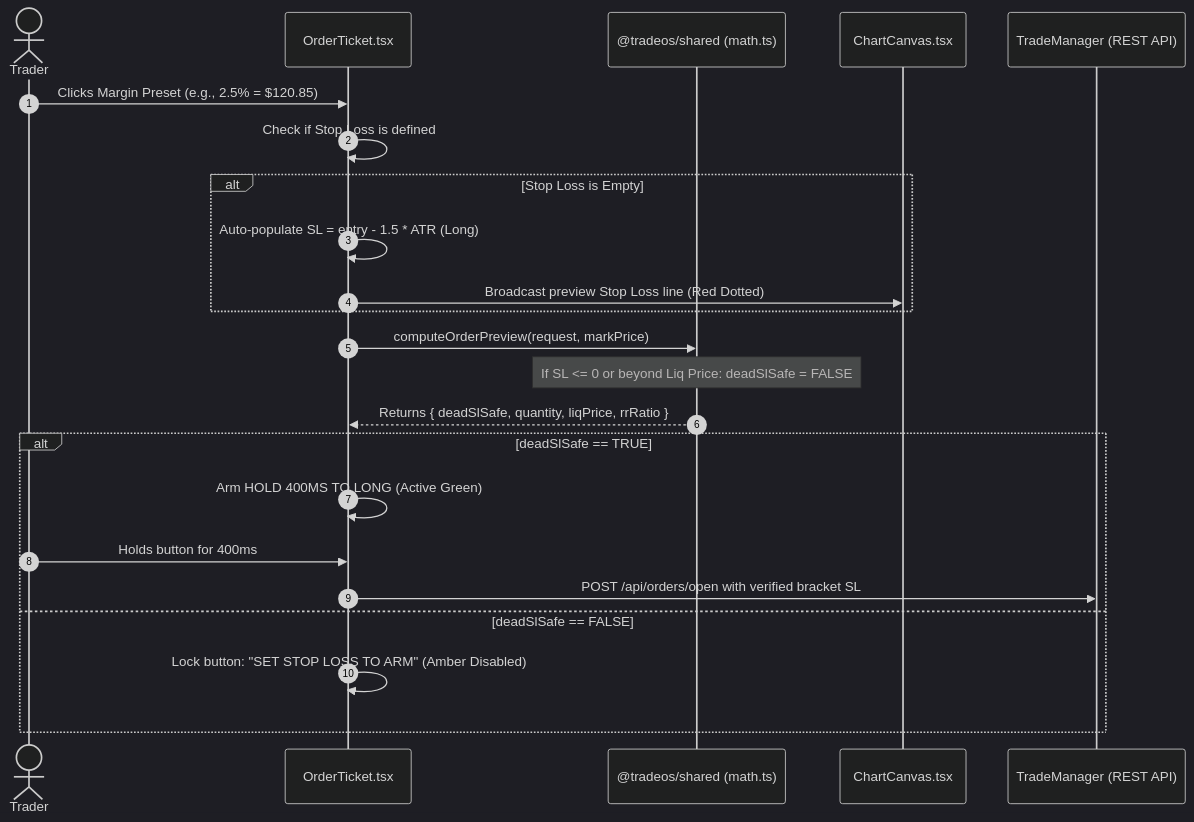
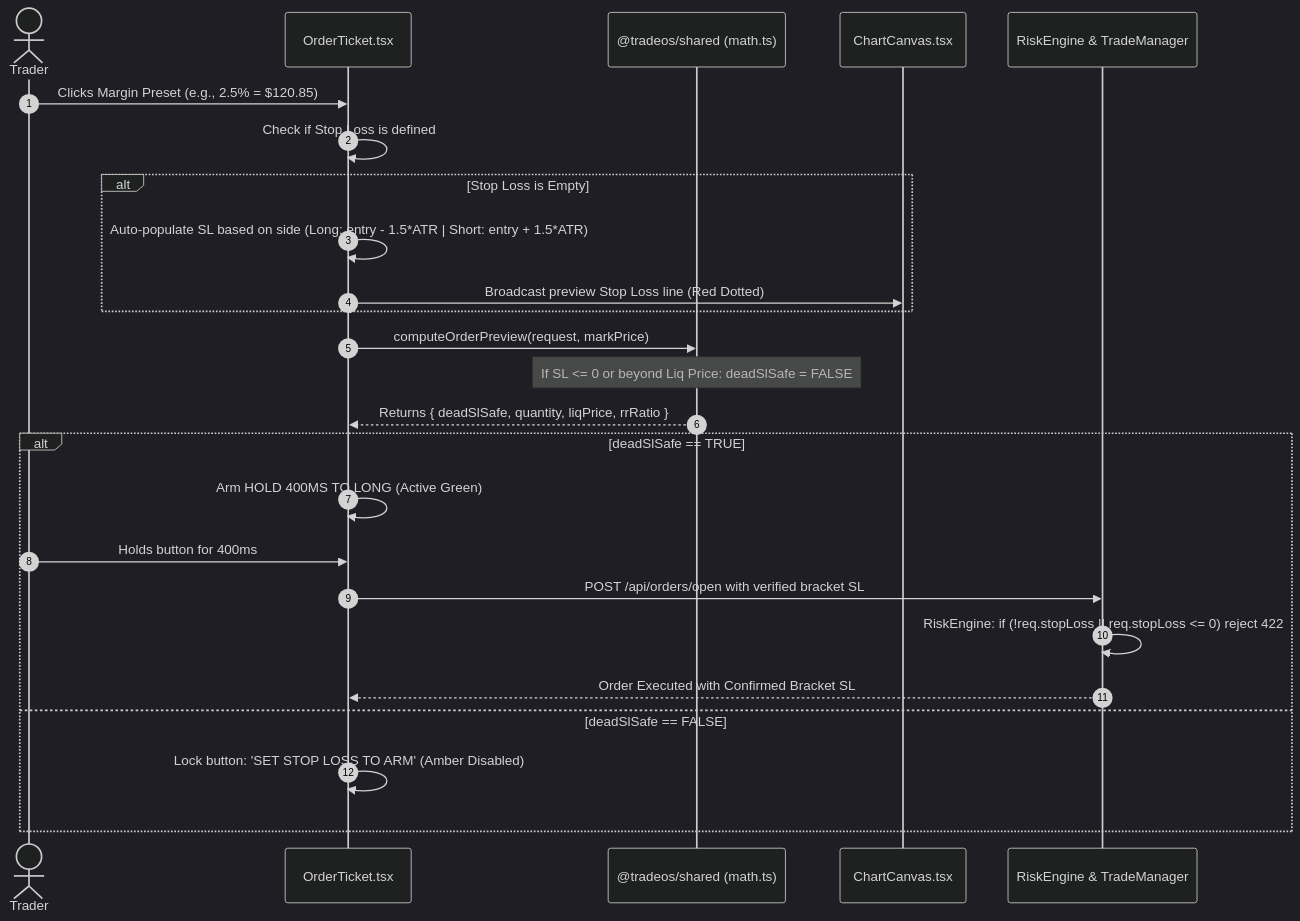
One commit to fxbluster/Trade changed the second of 2 diagrams in docs/designs/cockpit-stabilization-and-forensics.md. Above: the diagram before and after it, drawn with Mermaid (dark theme). The commit also changed other lines of this file and 4 other files, not shown here.

Commit message:
fix(web): import apiClient in App.tsx to eliminate runtime reference error, update ChartCanvas test, and persist EGM docs

````diff
--- a/docs/designs/cockpit-stabilization-and-forensics.md
+++ b/docs/designs/cockpit-stabilization-and-forensics.md
@@ -120,26 +143,28 @@
 ```mermaid
 sequenceDiagram
     autonumber
     actor Trader
     participant Ticket as OrderTicket.tsx
     participant Math as @tradeos/shared (math.ts)
     participant Chart as ChartCanvas.tsx
-    participant Server as TradeManager (REST API)
+    participant Server as RiskEngine & TradeManager
 
     Trader->>Ticket: Clicks Margin Preset (e.g., 2.5% = $120.85)
     Ticket->>Ticket: Check if Stop Loss is defined
     alt Stop Loss is Empty
-        Ticket->>Ticket: Auto-populate SL = entry - 1.5 * ATR (Long)
+        Ticket->>Ticket: Auto-populate SL based on side (Long: entry - 1.5*ATR | Short: entry + 1.5*ATR)
         Ticket->>Chart: Broadcast preview Stop Loss line (Red Dotted)
     end
     Ticket->>Math: computeOrderPreview(request, markPrice)
     Note over Math: If SL <= 0 or beyond Liq Price: deadSlSafe = FALSE
     Math-->>Ticket: Returns { deadSlSafe, quantity, liqPrice, rrRatio }
     alt deadSlSafe == TRUE
         Ticket->>Ticket: Arm HOLD 400MS TO LONG (Active Green)
         Trader->>Ticket: Holds button for 400ms
         Ticket->>Server: POST /api/orders/open with verified bracket SL
+        Server->>Server: RiskEngine: if (!req.stopLoss || req.stopLoss <= 0) reject 422
+        Server-->>Ticket: Order Executed with Confirmed Bracket SL
     else deadSlSafe == FALSE
-        Ticket->>Ticket: Lock button: "SET STOP LOSS TO ARM" (Amber Disabled)
+        Ticket->>Ticket: Lock button: 'SET STOP LOSS TO ARM' (Amber Disabled)
     end
 ```
````
